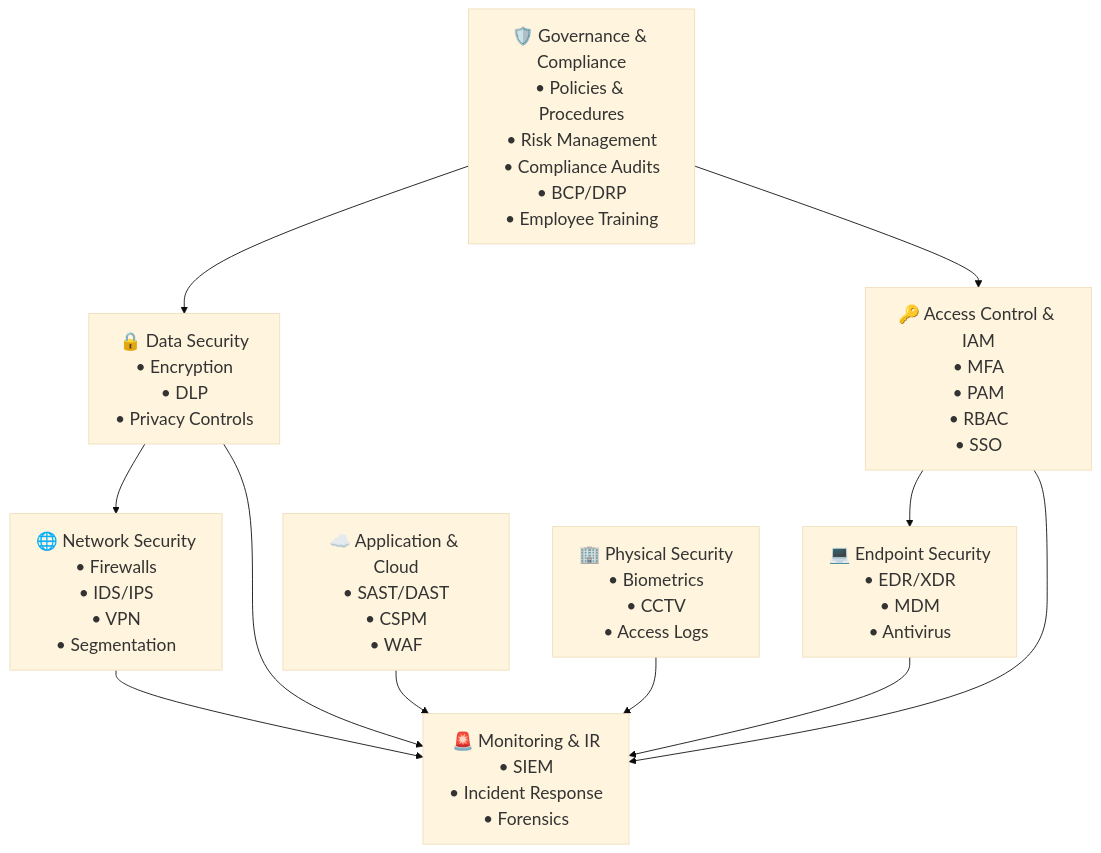
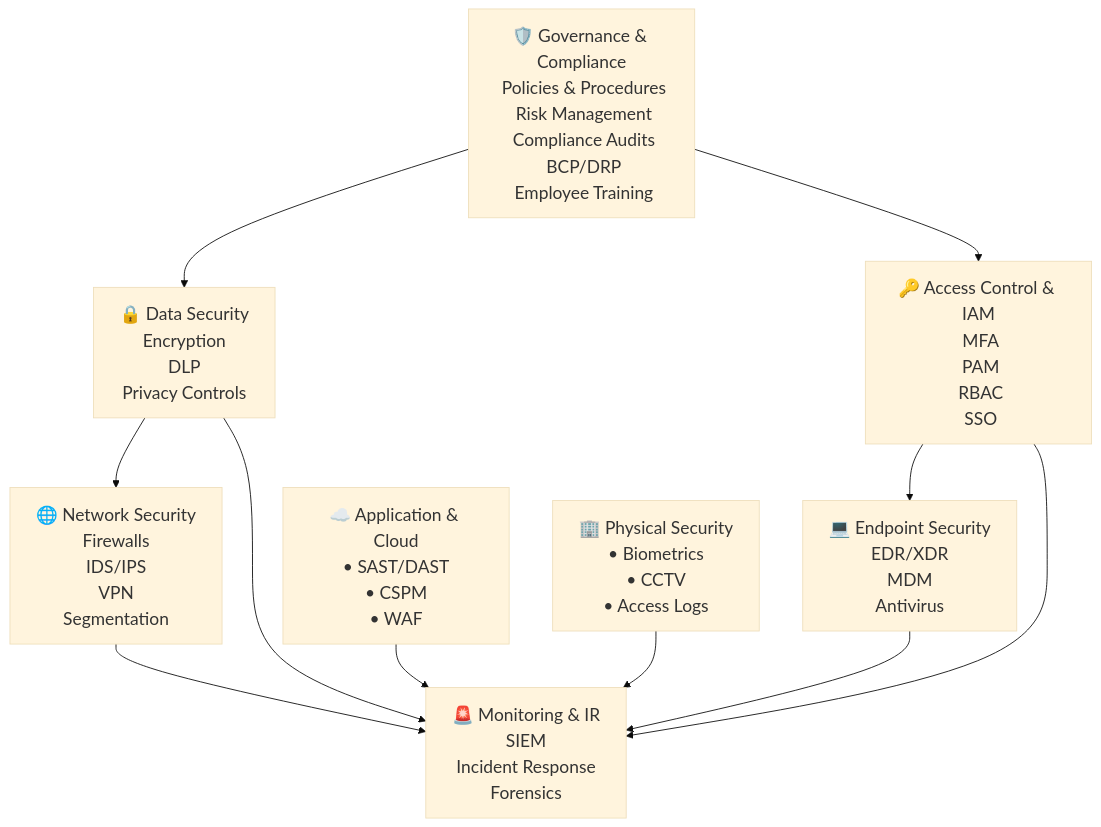
Before and after one commit to elGiordano/Entreprise-Security-Compliance: the diagram in README.md, drawn with Mermaid.

````diff
--- a/README.md
+++ b/README.md
@@ -128,14 +128,14 @@
 ```mermaid
 %%{init: {'theme': 'base', 'themeVariables': { 'fontSize': '20px'}}}%%
 flowchart TD
-    A[🛡️ Governance & Compliance\n• Policies & Procedures\n• Risk Management\n• Compliance Audits\n• BCP/DRP\n• Employee Training] --> B[🔒 Data Security\n• Encryption\n• DLP\n• Privacy Controls]
-    A --> C[🔑 Access Control & IAM\n• MFA\n• PAM\n• RBAC\n• SSO]
-    B --> D[🌐 Network Security\n• Firewalls\n• IDS/IPS\n• VPN\n• Segmentation]
-    C --> E[💻 Endpoint Security\n• EDR/XDR\n• MDM\n• Antivirus]
-    D --> F[🚨 Monitoring & IR\n• SIEM\n• Incident Response\n• Forensics]
+    A[🛡️ Governance & Compliance\n Policies & Procedures\n Risk Management\n Compliance Audits\n BCP/DRP\n Employee Training] --> B[🔒 Data Security\n Encryption\n DLP\n Privacy Controls]
+    A --> C[🔑 Access Control & IAM\n MFA\n PAM\n RBAC\n SSO]
+    B --> D[🌐 Network Security\n Firewalls\n IDS/IPS\n VPN\n Segmentation]
+    C --> E[💻 Endpoint Security\n EDR/XDR\n MDM\n Antivirus]
+    D --> F[🚨 Monitoring & IR\n SIEM\n Incident Response\n Forensics]
     E --> F
     B --> F
     C --> F
     G[☁️ Application & Cloud\n• SAST/DAST\n• CSPM\n• WAF] --> F
     H[🏢 Physical Security\n• Biometrics\n• CCTV\n• Access Logs] --> F
 ```
````
